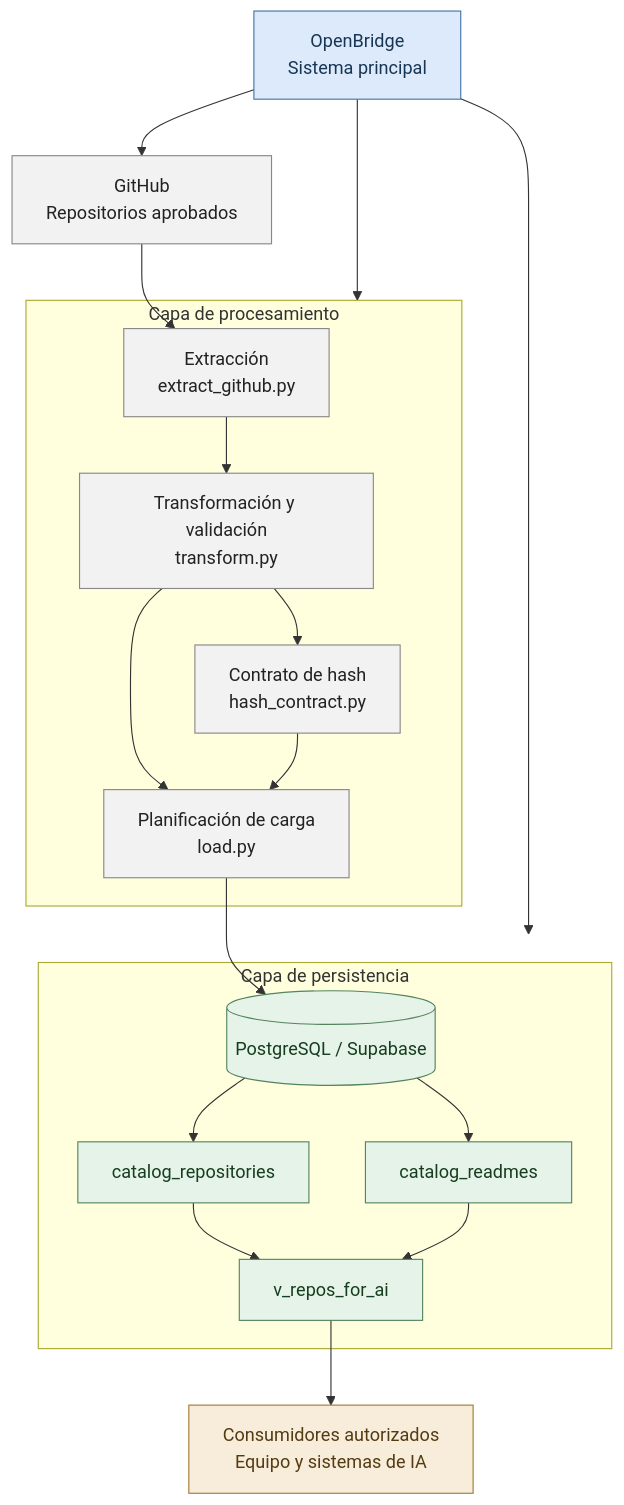
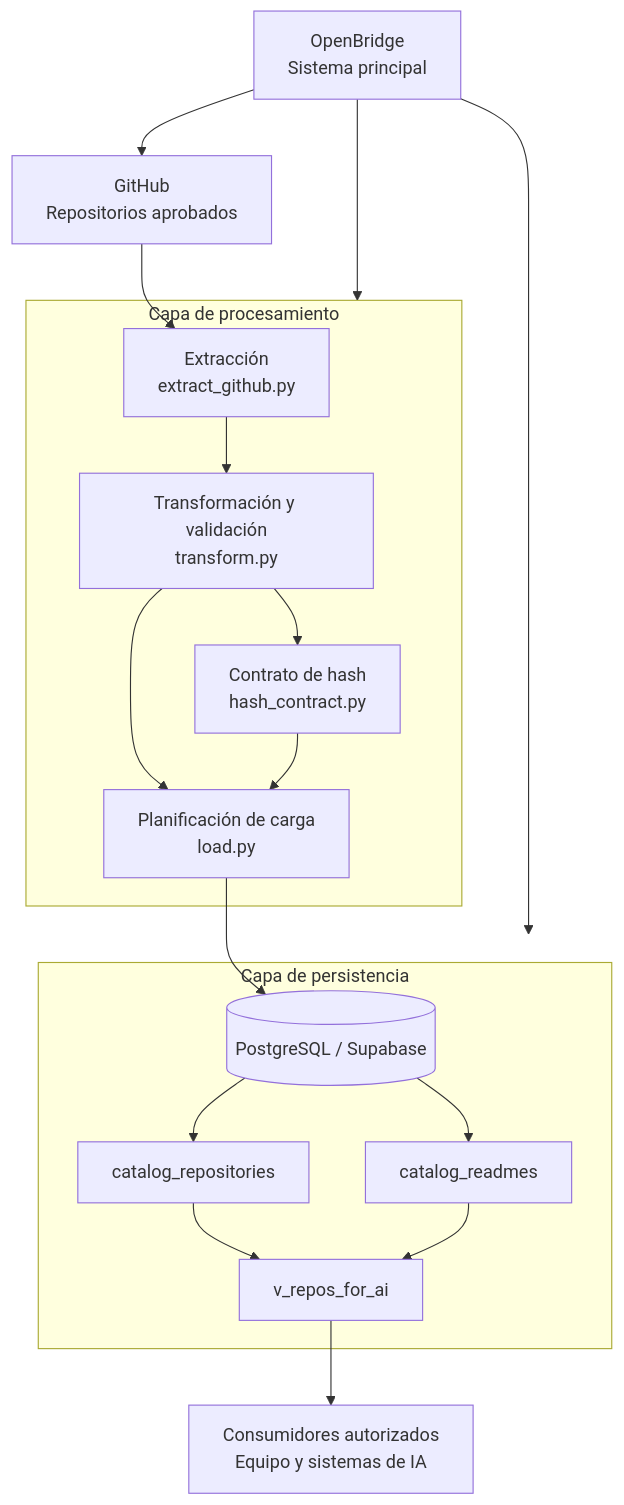
The first of 3 diagrams in OpenBridge_Data.md (No-Country-simulation/S10_26_EQUIPO_29), drawn with Mermaid before and after one commit. The commit also changed other lines of this file, not shown here.

````diff
--- a/OpenBridge_Data.md
+++ b/OpenBridge_Data.md
@@ -47,49 +48,39 @@
 ```mermaid
 flowchart TD
     OB["OpenBridge<br/>Sistema principal"]
 
     GH["GitHub<br/>Repositorios aprobados"]
 
     subgraph PROC["Capa de procesamiento"]
         EX["Extracción<br/>extract_github.py"]
         TR["Transformación y validación<br/>transform.py"]
         HC["Contrato de hash<br/>hash_contract.py"]
         LP["Planificación de carga<br/>load.py"]
     end
 
     subgraph DB["Capa de persistencia"]
         PG[("PostgreSQL / Supabase")]
         CR["catalog_repositories"]
         CM["catalog_readmes"]
         VW["v_repos_for_ai"]
     end
 
     CON["Consumidores autorizados<br/>Equipo y sistemas de IA"]
 
     OB --> GH
     OB --> PROC
     OB --> DB
 
     GH --> EX
     EX --> TR
     TR --> HC
     TR --> LP
     HC --> LP
     LP --> PG
 
     PG --> CR
     PG --> CM
     CR --> VW
     CM --> VW
     VW --> CON
-
-    classDef main fill:#dceafb,stroke:#4475a5,color:#183653
-    classDef process fill:#f2f2f2,stroke:#888888,color:#222222
-    classDef storage fill:#e5f3e8,stroke:#54845e,color:#173d20
-    classDef consumer fill:#f8eddb,stroke:#a17a36,color:#533b12
-
-    class OB main
-    class GH,EX,TR,HC,LP process
-    class PG,CR,CM,VW storage
-    class CON consumer
 ```
````
